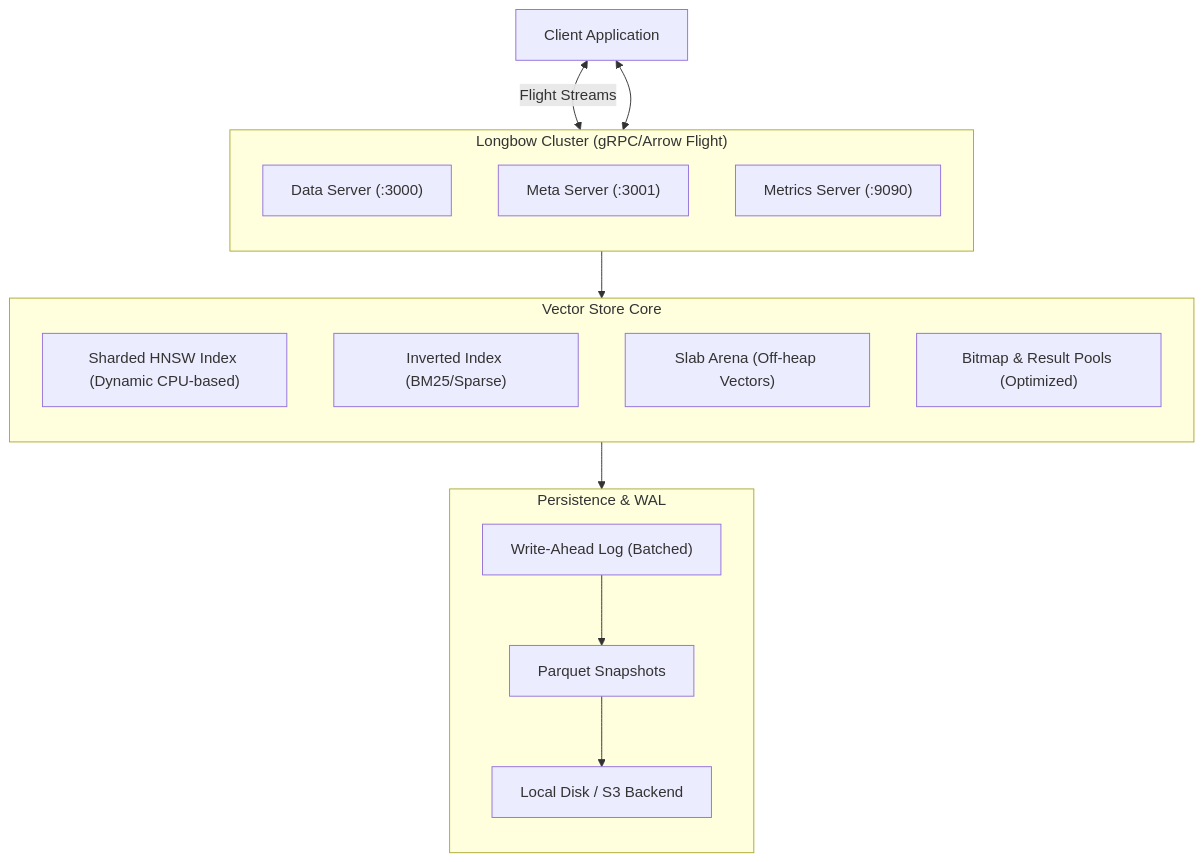
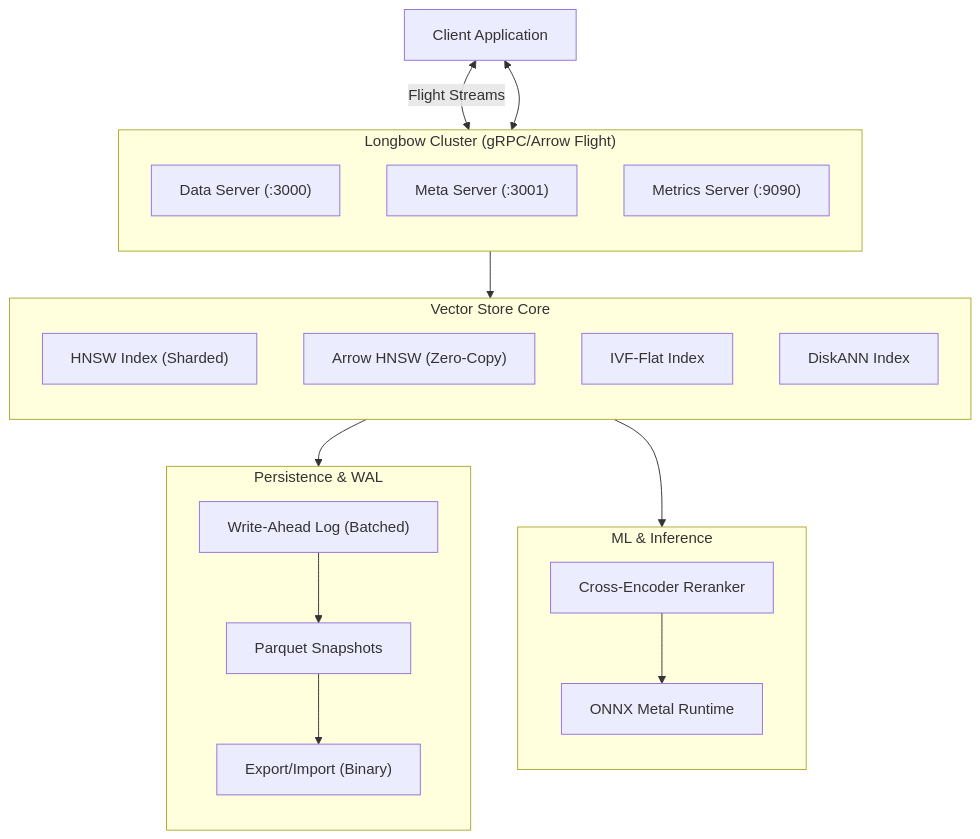
Before and after one commit to 23skdu/longbow: the diagram in docs/README.md, drawn with Mermaid. The commit also changed other lines of this file and 3 other files, not shown here.

````diff
--- a/docs/README.md
+++ b/docs/README.md
@@ -8,33 +8,41 @@
 ```mermaid
 graph TB
     Client["Client Application"]
     
     subgraph LB["Longbow Cluster (gRPC/Arrow Flight)"]
         direction TB
         DS["Data Server (:3000)"]
         MS["Meta Server (:3001)"]
         Metrics["Metrics Server (:9090)"]
     end
 
     subgraph Core["Vector Store Core"]
         direction TB
-        Shards["Sharded HNSW Index (Dynamic CPU-based)"]
-        Sparse["Inverted Index (BM25/Sparse)"]
-        Arena["Slab Arena (Off-heap Vectors)"]
-        Pool["Bitmap & Result Pools (Optimized)"]
+        HNSW["HNSW Index (Sharded)"]
+        ArrowHNSW["Arrow HNSW (Zero-Copy)"]
+        IVF["IVF-Flat Index"]
+        DiskAnn["DiskANN Index"]
+    end
+
+    subgraph ML["ML & Inference"]
+        direction TB
+        Reranker["Cross-Encoder Reranker"]
+        ONNX["ONNX Metal Runtime"]
     end
 
     subgraph Durability["Persistence & WAL"]
         direction TB
         WAL["Write-Ahead Log (Batched)"]
         Snap["Parquet Snapshots"]
-        Storage["Local Disk / S3 Backend"]
+        Export["Export/Import (Binary)"]
     end
 
     Client <-->|"Flight Streams"| DS
     Client <--> MS
     LB --> Core
+    Core --> Reranker
+    Reranker --> ONNX
     Core --> WAL
     WAL --> Snap
-    Snap --> Storage
+    Snap --> Export
 ```
````
